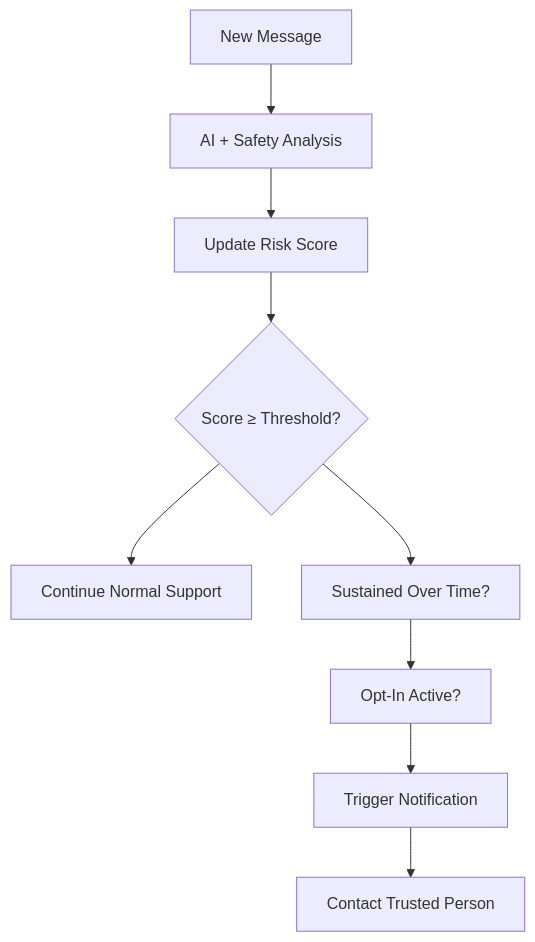
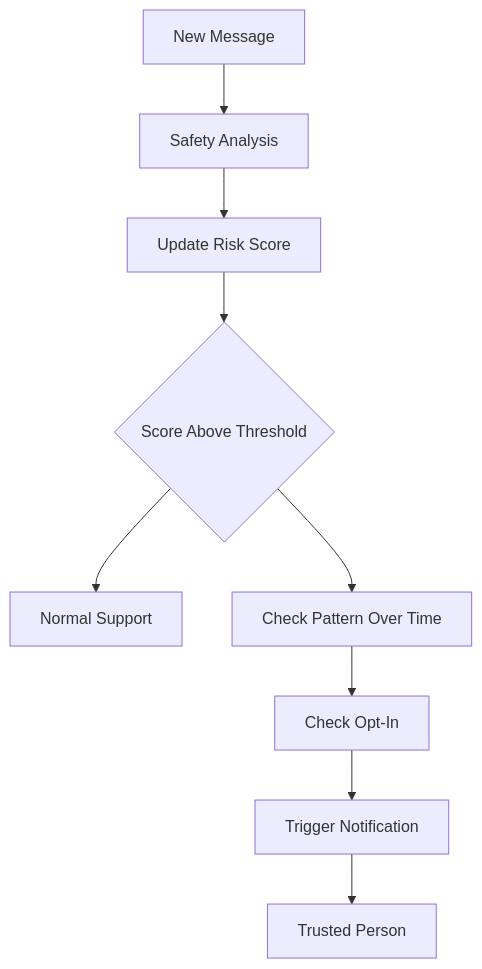
The third of 3 diagrams in docs/architecture.md (axv-crew/axv-digital-safety-net), drawn with Mermaid before and after one commit. The commit also changed other lines of this file, not shown here.

First line of the commit message:
Revise architecture overview and flow diagrams

````diff
--- a/docs/architecture.md
+++ b/docs/architecture.md
@@ -84,11 +79,11 @@
 ```mermaid
 flowchart TD
-    A[New Message] --> B[AI + Safety Analysis]
+    A[New Message] --> B[Safety Analysis]
     B --> C[Update Risk Score]
-    C --> D{Score ≥ Threshold?}
-    D --> E[Continue Normal Support]
-    D --> F[Sustained Over Time?]
-    F --> G[Opt-In Active?]
-    G --> H[Trigger Notification]
-    H --> I[Contact Trusted Person]
+    C --> D{Score Above Threshold}
+    D --> SAFE2[Normal Support]
+    D --> CHECK[Check Pattern Over Time]
+    CHECK --> OPTIN[Check Opt-In]
+    OPTIN --> ALERT2[Trigger Notification]
+    ALERT2 --> CONTACT[Trusted Person]
 ```
````
